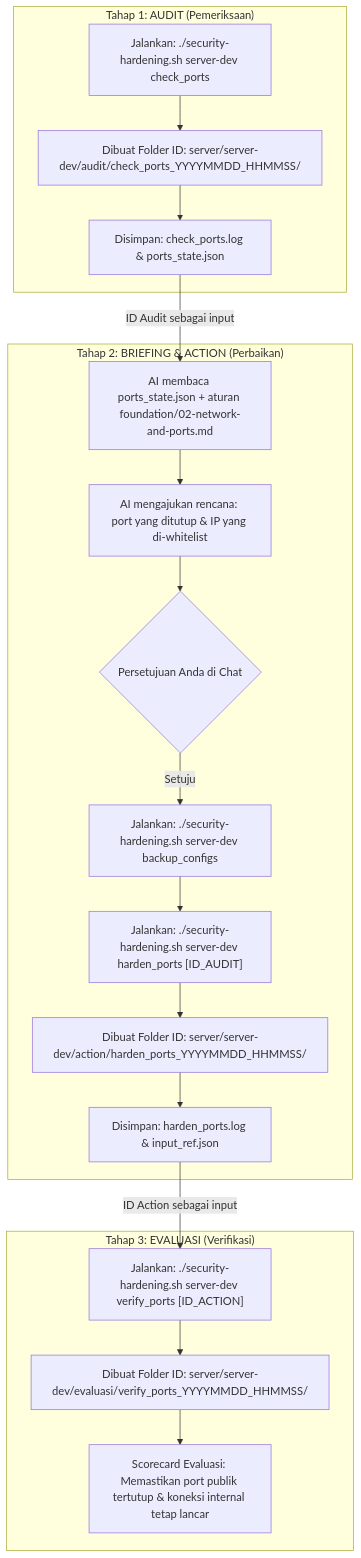
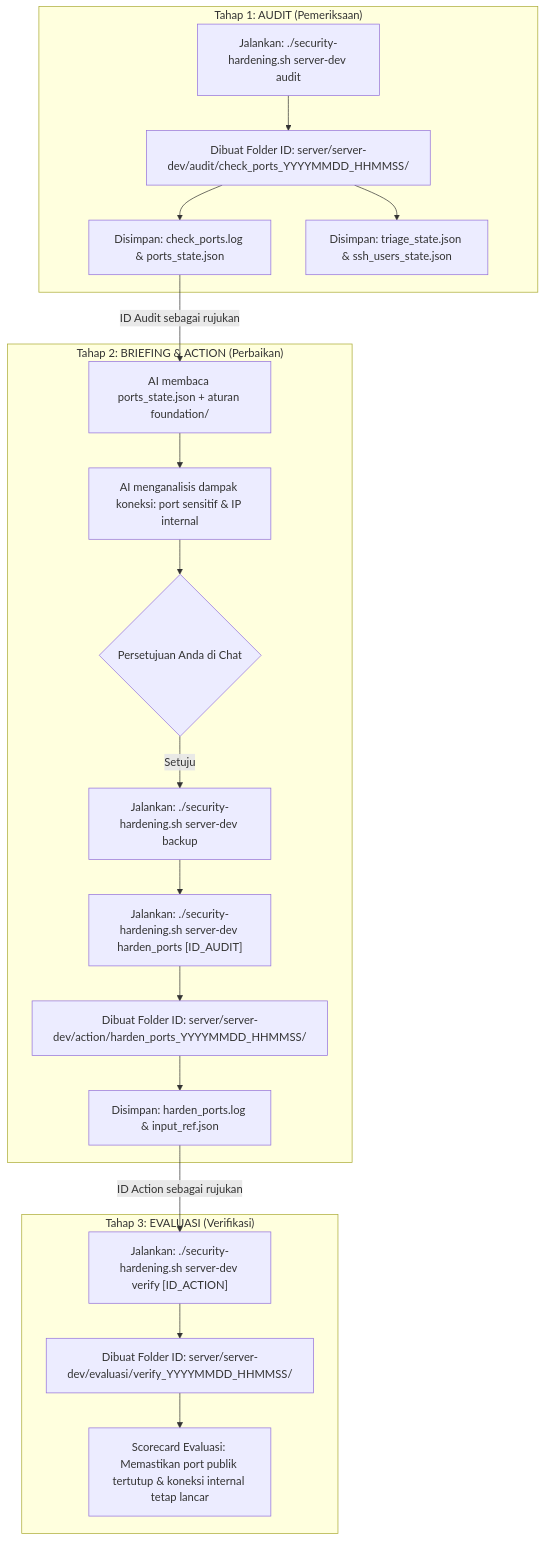
The diagram in README.md (mrifala29/security-agent), drawn with Mermaid before and after one commit. The commit also changed other lines of this file and 3 other files, not shown here.

````diff
--- a/README.md
+++ b/README.md
@@ -66,24 +66,25 @@
 ```mermaid
 flowchart TD
     subgraph S1["Tahap 1: AUDIT (Pemeriksaan)"]
-        A["Jalankan: ./security-hardening.sh server-dev check_ports"]
+        A["Jalankan: ./security-hardening.sh server-dev audit"]
         A --> B["Dibuat Folder ID: server/server-dev/audit/check_ports_YYYYMMDD_HHMMSS/"]
         B --> C["Disimpan: check_ports.log & ports_state.json"]
+        B --> C2["Disimpan: triage_state.json & ssh_users_state.json"]
     end
 
     subgraph S2["Tahap 2: BRIEFING & ACTION (Perbaikan)"]
-        C -->|"ID Audit sebagai input"| D["AI membaca ports_state.json + aturan foundation/02-network-and-ports.md"]
-        D --> E["AI mengajukan rencana: port yang ditutup & IP yang di-whitelist"]
+        C -->|"ID Audit sebagai rujukan"| D["AI membaca ports_state.json + aturan foundation/"]
+        D --> E["AI menganalisis dampak koneksi: port sensitif & IP internal"]
         E --> F{"Persetujuan Anda di Chat"}
-        F -- Setuju --> G["Jalankan: ./security-hardening.sh server-dev backup_configs"]
+        F -- Setuju --> G["Jalankan: ./security-hardening.sh server-dev backup"]
         G --> H["Jalankan: ./security-hardening.sh server-dev harden_ports [ID_AUDIT]"]
         H --> I["Dibuat Folder ID: server/server-dev/action/harden_ports_YYYYMMDD_HHMMSS/"]
         I --> J["Disimpan: harden_ports.log & input_ref.json"]
     end
 
     subgraph S3["Tahap 3: EVALUASI (Verifikasi)"]
-        J -->|"ID Action sebagai input"| K["Jalankan: ./security-hardening.sh server-dev verify_ports [ID_ACTION]"]
-        K --> L["Dibuat Folder ID: server/server-dev/evaluasi/verify_ports_YYYYMMDD_HHMMSS/"]
+        J -->|"ID Action sebagai rujukan"| K["Jalankan: ./security-hardening.sh server-dev verify [ID_ACTION]"]
+        K --> L["Dibuat Folder ID: server/server-dev/evaluasi/verify_YYYYMMDD_HHMMSS/"]
         L --> M["Scorecard Evaluasi: Memastikan port publik tertutup & koneksi internal tetap lancar"]
     end
 ```
````
